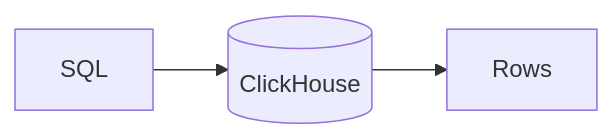
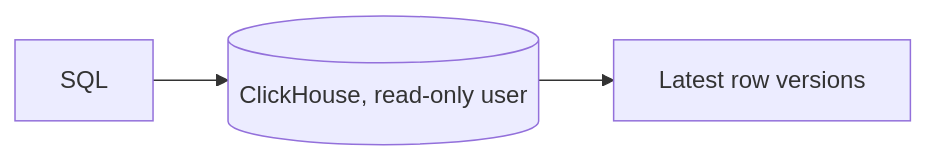
One commit to gitlabhq/orbit-knowledge-graph changed the fourth of 6 diagrams in docs/pages/engineering/architecture/querying.md. Above: the diagram before and after it, drawn with Mermaid. The commit also changed other lines of this file and 2 other files, not shown here.

Commit message:
docs(architecture): tighten the querying pages and add the engine walkthrough

````diff
--- a/docs/pages/engineering/architecture/querying.md
+++ b/docs/pages/engineering/architecture/querying.md
@@ -80,5 +81,5 @@
 ```mermaid
 flowchart LR
-    SQL --> CH[(ClickHouse)]
-    CH --> Rows
+    SQL --> CH[(ClickHouse, read-only user)]
+    CH --> Rows[Latest row versions]
 ```
````
